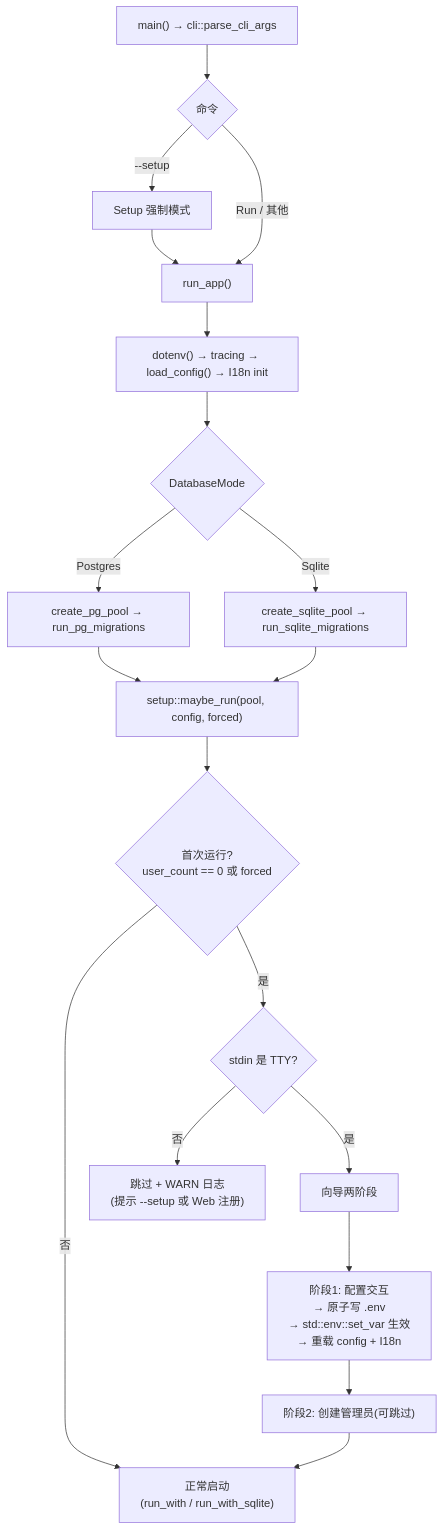
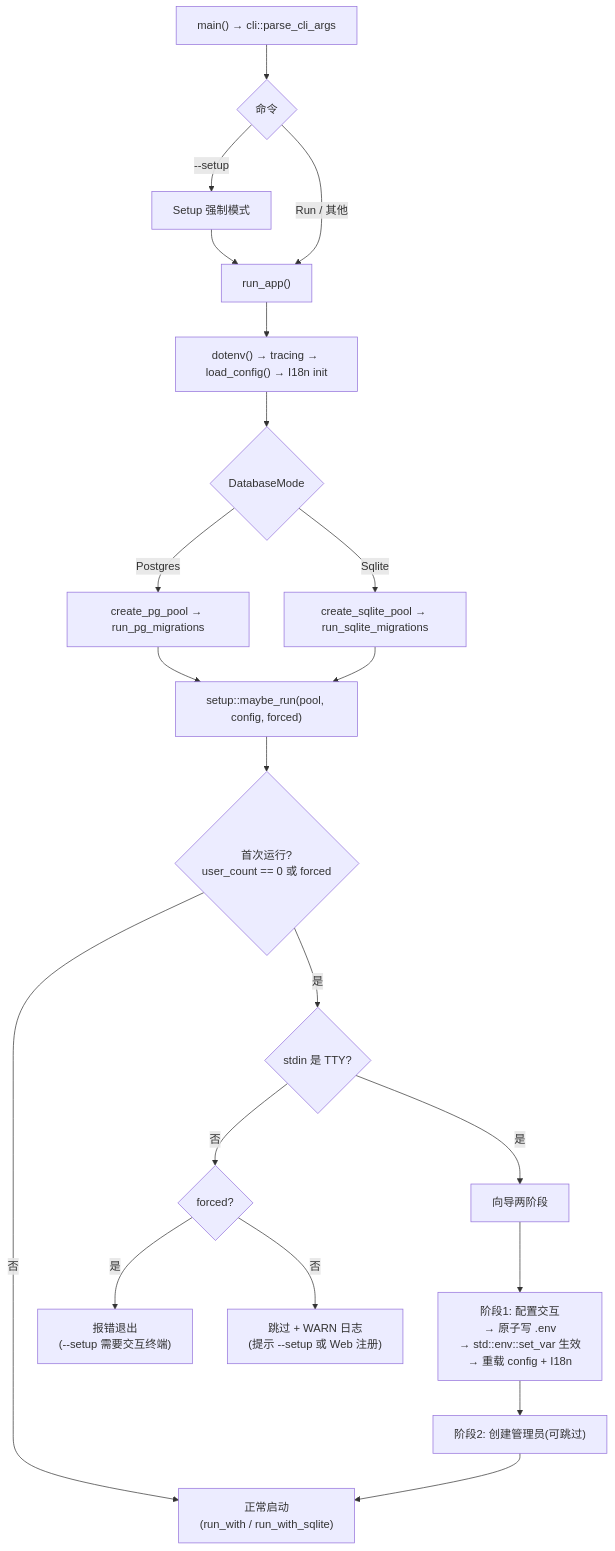
One commit to JeillZhang/pichost changed the first of 2 diagrams in docs/superpowers/specs/2026-08-15-pichost-first-run-wizard-design.md. Above: the diagram before and after it, drawn with Mermaid. The commit also changed other lines of this file, not shown here.

Commit message:
docs: refine first-run wizard spec (forced non-tty error, user_ops scope)

````diff
--- a/docs/superpowers/specs/2026-08-15-pichost-first-run-wizard-design.md
+++ b/docs/superpowers/specs/2026-08-15-pichost-first-run-wizard-design.md
@@ -51,21 +51,23 @@
 ```mermaid
 flowchart TD
     A["main() → cli::parse_cli_args"] --> B{命令}
     B -->|"--setup"| C["Setup 强制模式"]
     B -->|"Run / 其他"| D["run_app()"]
     C --> D
     D --> E["dotenv() → tracing → load_config() → I18n init"]
     E --> F{DatabaseMode}
     F -->|"Postgres"| G["create_pg_pool → run_pg_migrations"]
     F -->|"Sqlite"| H["create_sqlite_pool → run_sqlite_migrations"]
     G --> I["setup::maybe_run(pool, config, forced)"]
     H --> I
     I --> J{"首次运行?<br/>user_count == 0 或 forced"}
     J -->|"否"| K["正常启动<br/>(run_with / run_with_sqlite)"]
     J -->|"是"| L{"stdin 是 TTY?"}
-    L -->|"否"| M["跳过 + WARN 日志<br/>(提示 --setup 或 Web 注册)"]
+    L -->|"否"| M{"forced?"}
+    M -->|"是"| M1["报错退出<br/>(--setup 需要交互终端)"]
+    M -->|"否"| M2["跳过 + WARN 日志<br/>(提示 --setup 或 Web 注册)"]
     L -->|"是"| N["向导两阶段"]
     N --> O["阶段1: 配置交互<br/>→ 原子写 .env<br/>→ std::env::set_var 生效<br/>→ 重载 config + I18n"]
     O --> P["阶段2: 创建管理员(可跳过)"]
     P --> K
 ```
````
